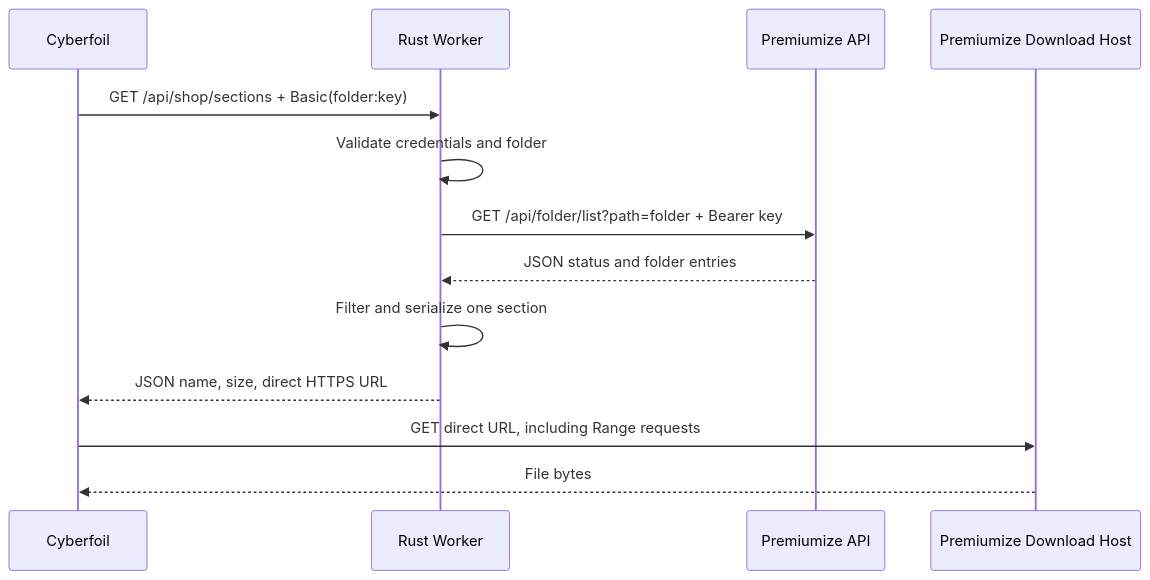
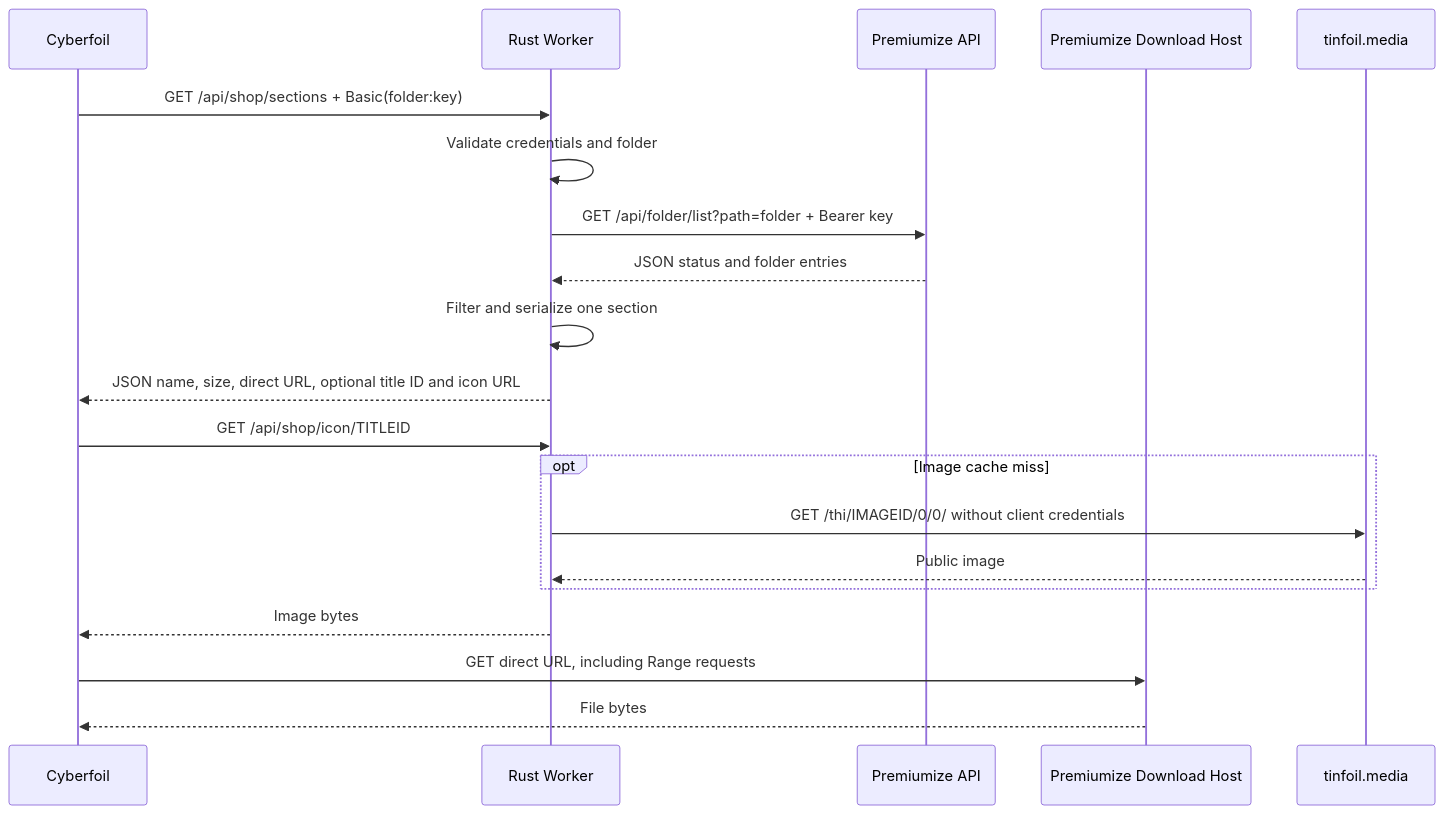
The diagram in spec/proxy.md (CallMeMSL/cyberfoil-http-file-proxy), drawn with Mermaid before and after one commit. The commit also changed other lines of this file and 5 other files, not shown here.

First line of the commit message:
feat: add icon handling for shop API with caching and error management

````diff
--- a/spec/proxy.md
+++ b/spec/proxy.md
@@ -9,15 +9,22 @@
 ```mermaid
 sequenceDiagram
     participant Client as Cyberfoil
     participant Worker as Rust Worker
     participant API as Premiumize API
     participant CDN as Premiumize Download Host
+    participant Images as tinfoil.media
     Client->>Worker: GET /api/shop/sections + Basic(folder:key)
     Worker->>Worker: Validate credentials and folder
     Worker->>API: GET /api/folder/list?path=folder + Bearer key
     API-->>Worker: JSON status and folder entries
     Worker->>Worker: Filter and serialize one section
-    Worker-->>Client: JSON name, size, direct HTTPS URL
+    Worker-->>Client: JSON name, size, direct URL, optional title ID and icon URL
+    Client->>Worker: GET /api/shop/icon/TITLEID
+    opt Image cache miss
+      Worker->>Images: GET /thi/IMAGEID/0/0/ without client credentials
+      Images-->>Worker: Public image
+    end
+    Worker-->>Client: Image bytes
     Client->>CDN: GET direct URL, including Range requests
     CDN-->>Client: File bytes
 ```
````
